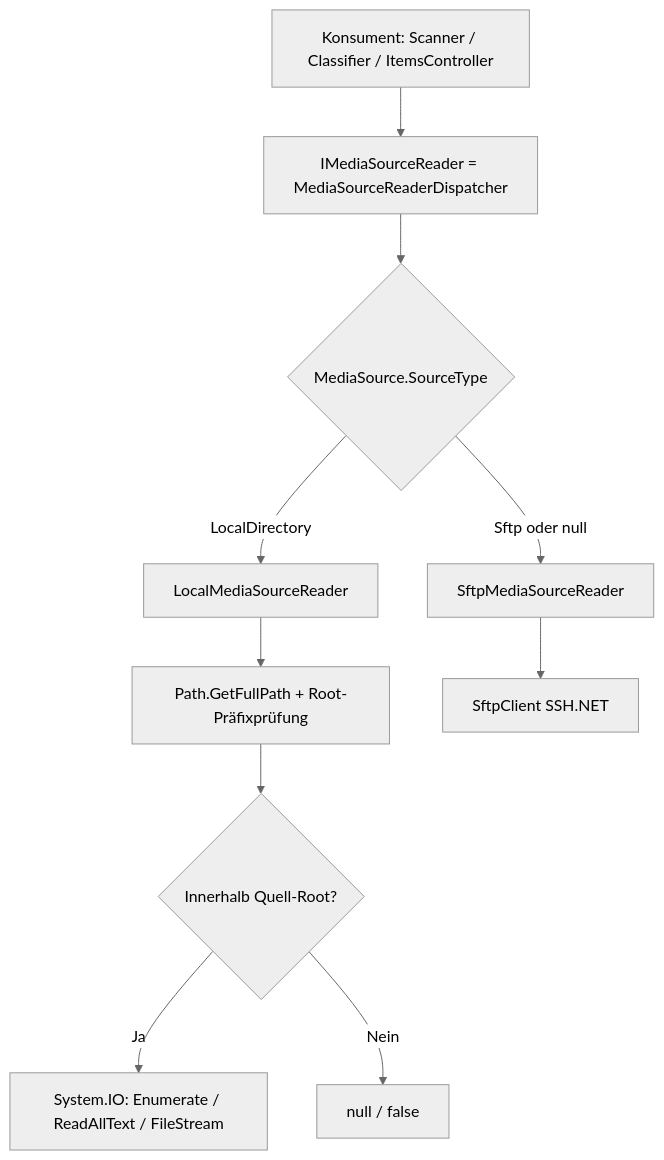
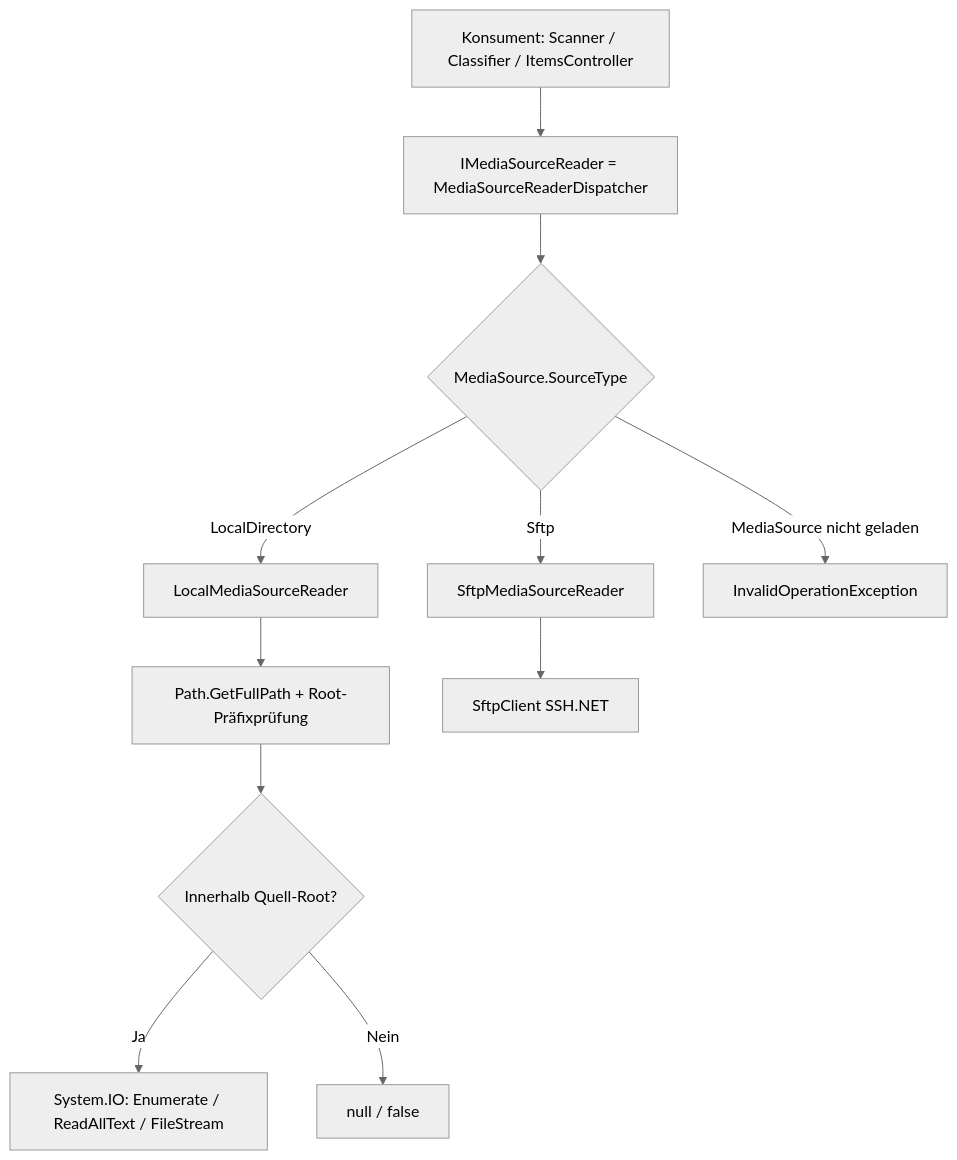
One commit to martin-stromberg/VideoPlayer changed the diagram in docs/help/medienquellen/ablauf-technisch.md. Above: the diagram before and after it, drawn with Mermaid (neutral theme). The commit also changed 33 other files, not shown here.

````diff
--- a/docs/help/medienquellen/ablauf-technisch.md
+++ b/docs/help/medienquellen/ablauf-technisch.md
@@ -45,12 +45,13 @@
 ```mermaid
 flowchart TD
     A[Konsument: Scanner / Classifier / ItemsController] --> B[IMediaSourceReader = MediaSourceReaderDispatcher]
     B --> C{MediaSource.SourceType}
     C -- LocalDirectory --> D[LocalMediaSourceReader]
-    C -- Sftp oder null --> E[SftpMediaSourceReader]
+    C -- Sftp --> E[SftpMediaSourceReader]
+    C -- "MediaSource nicht geladen" --> K[InvalidOperationException]
     D --> F[Path.GetFullPath + Root-Präfixprüfung]
     F --> G{Innerhalb Quell-Root?}
     G -- Ja --> H[System.IO: Enumerate / ReadAllText / FileStream]
     G -- Nein --> I[null / false]
     E --> J[SftpClient SSH.NET]
 ```
````
